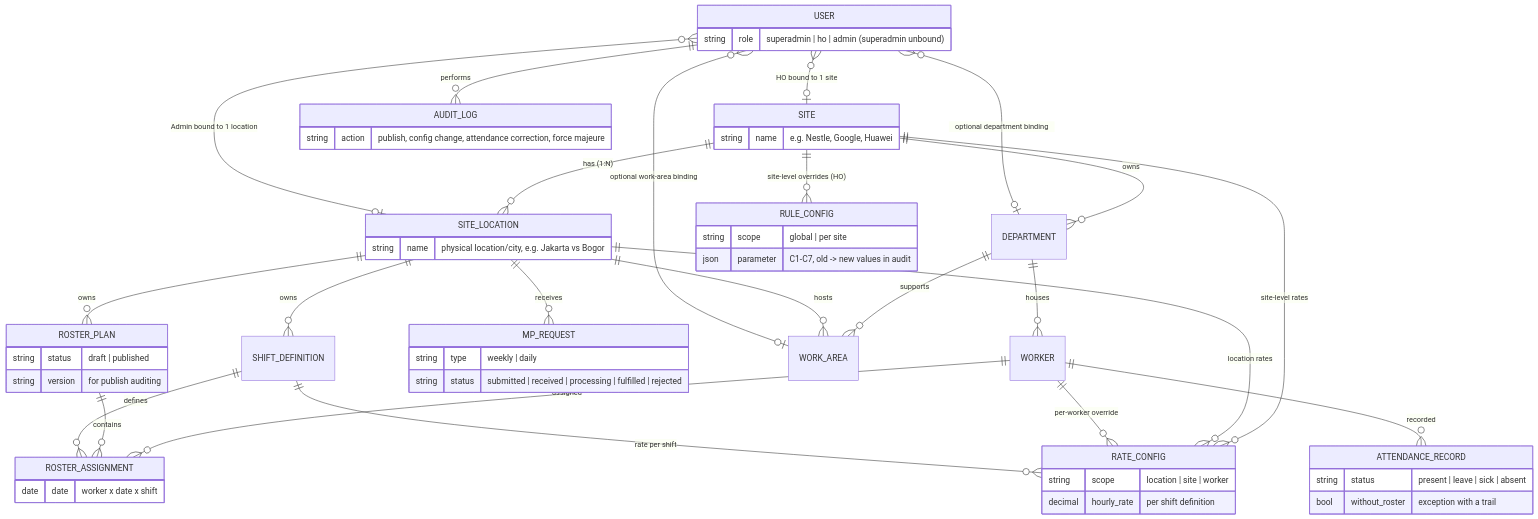
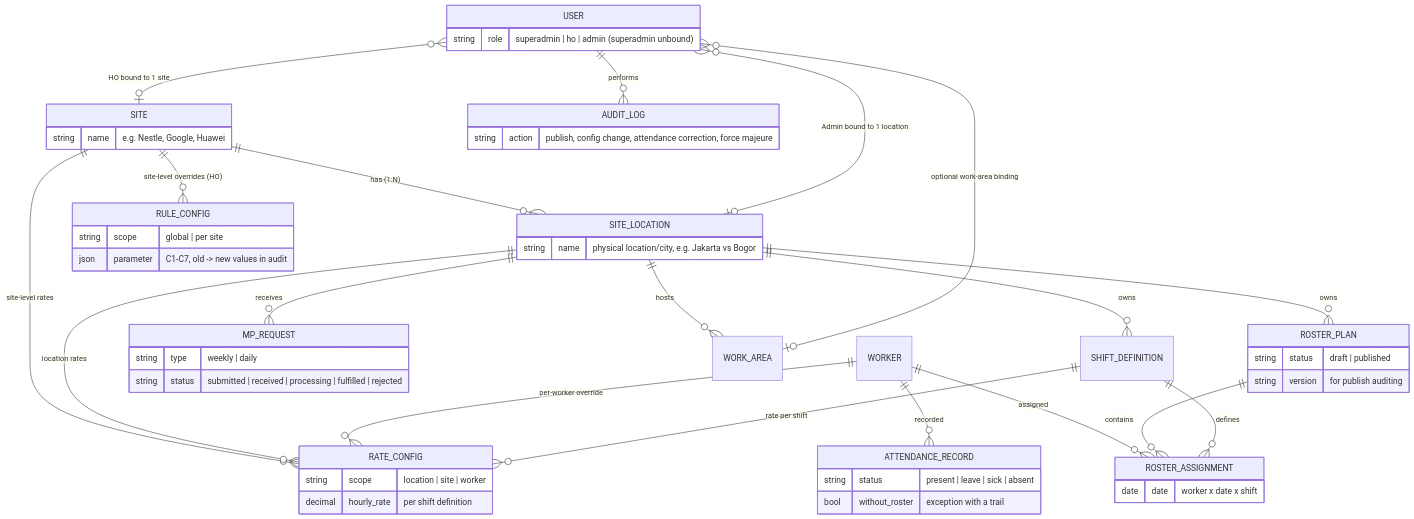
Before and after one commit to XOIntern/Shiftly: the fourth of 5 diagrams in docs/architecture.md, drawn with Mermaid. The commit also changed other lines of this file, not shown here.

Commit message:
docs(architecture): record department removal; work area is the grouping unit

````diff
--- a/docs/architecture.md
+++ b/docs/architecture.md
@@ -192,61 +194,57 @@
 ```mermaid
 erDiagram
     SITE ||--o{ SITE_LOCATION : "has (1:N)"
-    SITE ||--o{ DEPARTMENT : "owns"
     SITE_LOCATION ||--o{ SHIFT_DEFINITION : "owns"
     SITE_LOCATION ||--o{ ROSTER_PLAN : "owns"
     SITE_LOCATION ||--o{ MP_REQUEST : "receives"
     SITE ||--o{ RULE_CONFIG : "site-level overrides (HO)"
     SITE ||--o{ RATE_CONFIG : "site-level rates"
     SITE_LOCATION ||--o{ RATE_CONFIG : "location rates"
-    DEPARTMENT ||--o{ WORK_AREA : "supports"
     SITE_LOCATION ||--o{ WORK_AREA : "hosts"
-    DEPARTMENT ||--o{ WORKER : "houses"
     WORKER ||--o{ ROSTER_ASSIGNMENT : "assigned"
     WORKER ||--o{ ATTENDANCE_RECORD : "recorded"
     WORKER ||--o{ RATE_CONFIG : "per-worker override"
     ROSTER_PLAN ||--o{ ROSTER_ASSIGNMENT : "contains"
     SHIFT_DEFINITION ||--o{ ROSTER_ASSIGNMENT : "defines"
     SHIFT_DEFINITION ||--o{ RATE_CONFIG : "rate per shift"
     USER }o--o| SITE : "HO bound to 1 site"
     USER }o--o| SITE_LOCATION : "Admin bound to 1 location"
-    USER }o--o| DEPARTMENT : "optional department binding"
     USER }o--o| WORK_AREA : "optional work-area binding"
     USER ||--o{ AUDIT_LOG : "performs"
 
     SITE {
         string name "e.g. Nestle, Google, Huawei"
     }
     SITE_LOCATION {
         string name "physical location/city, e.g. Jakarta vs Bogor"
     }
     USER {
         string role "superadmin | ho | admin (superadmin unbound)"
     }
     MP_REQUEST {
         string type "weekly | daily"
         string status "submitted | received | processing | fulfilled | rejected"
     }
     ROSTER_PLAN {
         string status "draft | published"
         string version "for publish auditing"
     }
     ROSTER_ASSIGNMENT {
         date date "worker x date x shift"
     }
     ATTENDANCE_RECORD {
         string status "present | leave | sick | absent"
         bool without_roster "exception with a trail"
     }
     RULE_CONFIG {
         string scope "global | per site"
         json parameter "C1-C7, old -> new values in audit"
     }
     RATE_CONFIG {
         string scope "location | site | worker"
         decimal hourly_rate "per shift definition"
     }
     AUDIT_LOG {
         string action "publish, config change, attendance correction, force majeure"
     }
 ```
````
